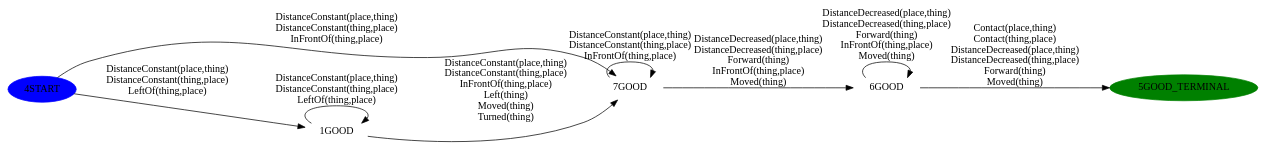
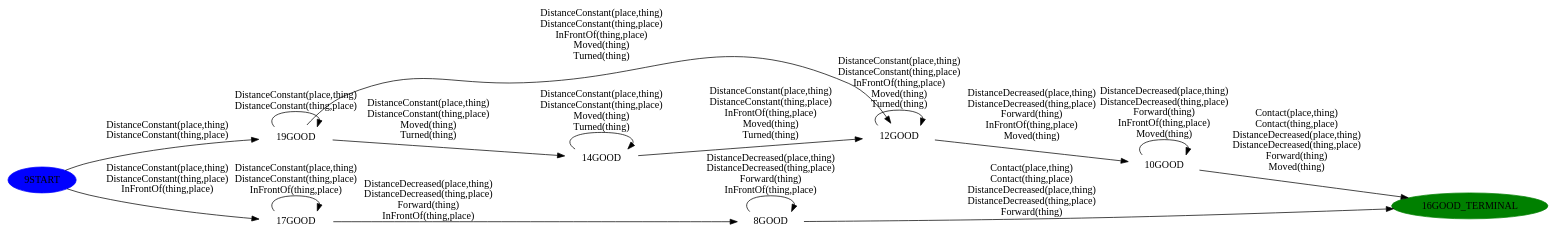
The diagram in arrg/ua_experimental/verb_learning/verbs/go/dfa.dot (Kenkoko/ua-ros-pkg), drawn with Graphviz before and after one commit. The commit also changed 2 other files, not shown here.

```diff
--- a/arrg/ua_experimental/verb_learning/verbs/go/dfa.dot
+++ b/arrg/ua_experimental/verb_learning/verbs/go/dfa.dot
@@ -1,16 +1,26 @@
 digraph G { 
 	graph [ rankdir=LR ]; 
-	"7" [label="7GOOD",style="filled",color="white",fontcolor="black"];
-	"7" -> "7" [label="DistanceConstant(place,thing)\nDistanceConstant(thing,place)\nInFrontOf(thing,place)"] ;
-	"7" -> "6" [label="DistanceDecreased(place,thing)\nDistanceDecreased(thing,place)\nForward(thing)\nInFrontOf(thing,place)\nMoved(thing)"] ;
-	"5" [label="5GOOD_TERMINAL",style="filled",color="green",fontcolor="black"];
-	"4" [label="4START",style="filled",color="blue",fontcolor="black"];
-	"4" -> "7" [label="DistanceConstant(place,thing)\nDistanceConstant(thing,place)\nInFrontOf(thing,place)"] ;
-	"4" -> "1" [label="DistanceConstant(place,thing)\nDistanceConstant(thing,place)\nLeftOf(thing,place)"] ;
-	"6" [label="6GOOD",style="filled",color="white",fontcolor="black"];
-	"6" -> "5" [label="Contact(place,thing)\nContact(thing,place)\nDistanceDecreased(place,thing)\nDistanceDecreased(thing,place)\nForward(thing)\nMoved(thing)"] ;
-	"6" -> "6" [label="DistanceDecreased(place,thing)\nDistanceDecreased(thing,place)\nForward(thing)\nInFrontOf(thing,place)\nMoved(thing)"] ;
-	"1" [label="1GOOD",style="filled",color="white",fontcolor="black"];
-	"1" -> "7" [label="DistanceConstant(place,thing)\nDistanceConstant(thing,place)\nInFrontOf(thing,place)\nLeft(thing)\nMoved(thing)\nTurned(thing)"] ;
-	"1" -> "1" [label="DistanceConstant(place,thing)\nDistanceConstant(thing,place)\nLeftOf(thing,place)"] ;
+	"19" [label="19GOOD",style="filled",color="white",fontcolor="black"];
+	"19" -> "19" [label="DistanceConstant(place,thing)\nDistanceConstant(thing,place)"] ;
+	"19" -> "12" [label="DistanceConstant(place,thing)\nDistanceConstant(thing,place)\nInFrontOf(thing,place)\nMoved(thing)\nTurned(thing)"] ;
+	"19" -> "14" [label="DistanceConstant(place,thing)\nDistanceConstant(thing,place)\nMoved(thing)\nTurned(thing)"] ;
+	"10" [label="10GOOD",style="filled",color="white",fontcolor="black"];
+	"10" -> "10" [label="DistanceDecreased(place,thing)\nDistanceDecreased(thing,place)\nForward(thing)\nInFrontOf(thing,place)\nMoved(thing)"] ;
+	"10" -> "16" [label="Contact(place,thing)\nContact(thing,place)\nDistanceDecreased(place,thing)\nDistanceDecreased(thing,place)\nForward(thing)\nMoved(thing)"] ;
+	"9" [label="9START",style="filled",color="blue",fontcolor="black"];
+	"9" -> "19" [label="DistanceConstant(place,thing)\nDistanceConstant(thing,place)"] ;
+	"9" -> "17" [label="DistanceConstant(place,thing)\nDistanceConstant(thing,place)\nInFrontOf(thing,place)"] ;
+	"8" [label="8GOOD",style="filled",color="white",fontcolor="black"];
+	"8" -> "8" [label="DistanceDecreased(place,thing)\nDistanceDecreased(thing,place)\nForward(thing)\nInFrontOf(thing,place)"] ;
+	"8" -> "16" [label="Contact(place,thing)\nContact(thing,place)\nDistanceDecreased(place,thing)\nDistanceDecreased(thing,place)\nForward(thing)"] ;
+	"16" [label="16GOOD_TERMINAL",style="filled",color="green",fontcolor="black"];
+	"17" [label="17GOOD",style="filled",color="white",fontcolor="black"];
+	"17" -> "8" [label="DistanceDecreased(place,thing)\nDistanceDecreased(thing,place)\nForward(thing)\nInFrontOf(thing,place)"] ;
+	"17" -> "17" [label="DistanceConstant(place,thing)\nDistanceConstant(thing,place)\nInFrontOf(thing,place)"] ;
+	"12" [label="12GOOD",style="filled",color="white",fontcolor="black"];
+	"12" -> "10" [label="DistanceDecreased(place,thing)\nDistanceDecreased(thing,place)\nForward(thing)\nInFrontOf(thing,place)\nMoved(thing)"] ;
+	"12" -> "12" [label="DistanceConstant(place,thing)\nDistanceConstant(thing,place)\nInFrontOf(thing,place)\nMoved(thing)\nTurned(thing)"] ;
+	"14" [label="14GOOD",style="filled",color="white",fontcolor="black"];
+	"14" -> "12" [label="DistanceConstant(place,thing)\nDistanceConstant(thing,place)\nInFrontOf(thing,place)\nMoved(thing)\nTurned(thing)"] ;
+	"14" -> "14" [label="DistanceConstant(place,thing)\nDistanceConstant(thing,place)\nMoved(thing)\nTurned(thing)"] ;
 }
```
